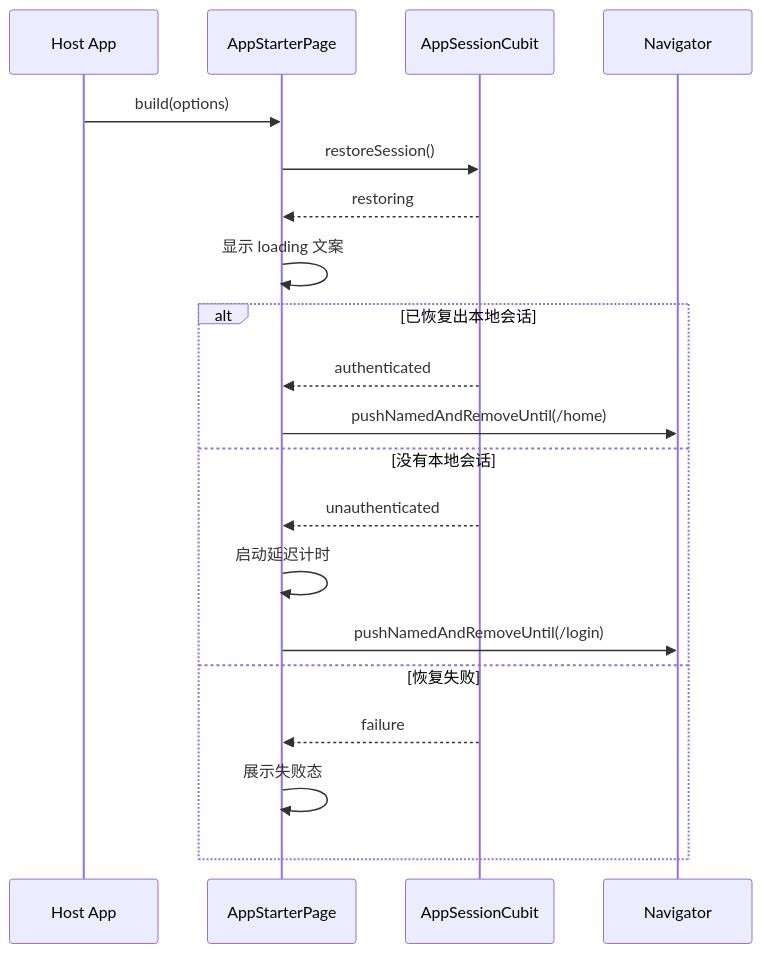
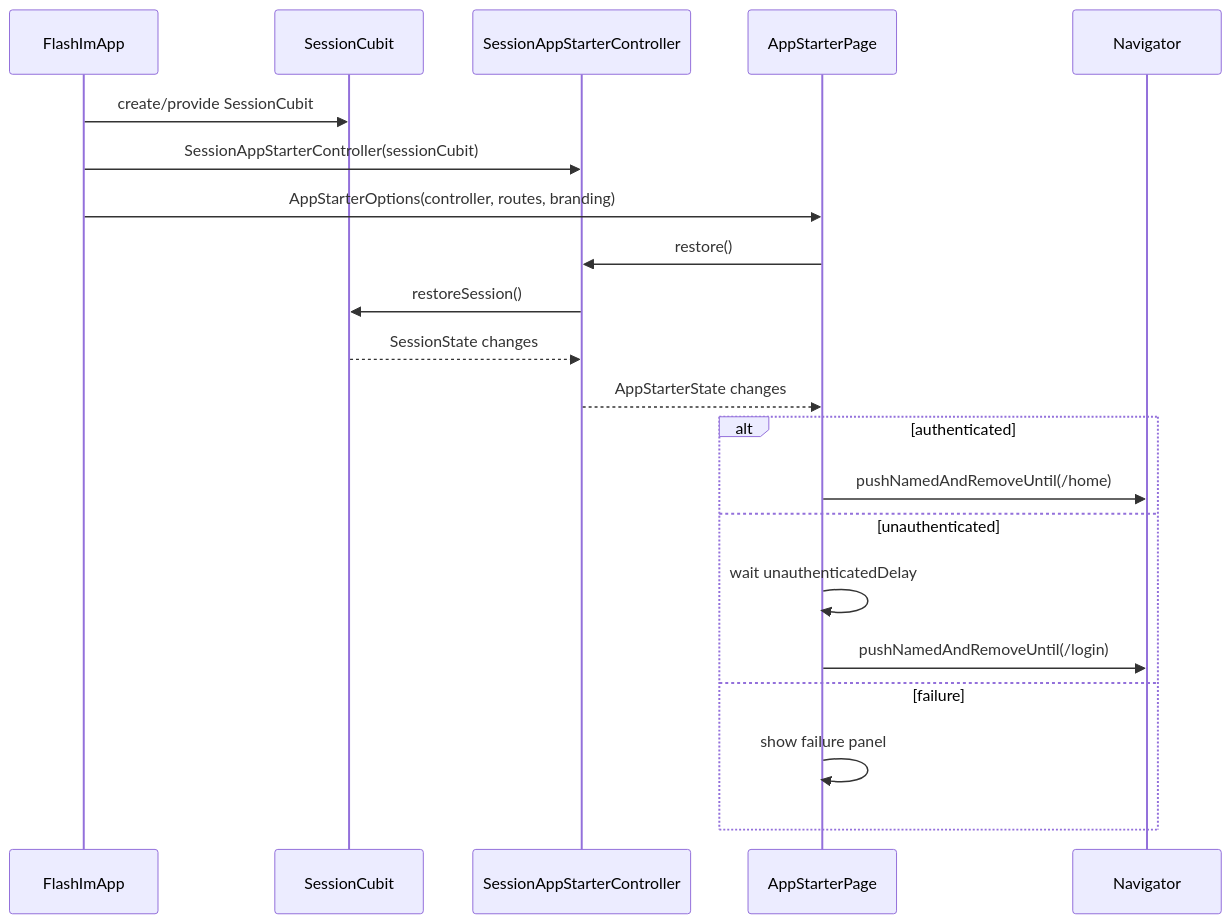
One commit to RainyJiang22/FlashIM_by_ai changed the fourth of 4 diagrams in docs/features/starter/v0.0.2/client/design.md. Above: the diagram before and after it, drawn with Mermaid. The commit also changed other lines of this file and 31 other files, not shown here.

Commit message:
refactor(starter):重构启动模块,改为宿主注入启动控制器，解除flash_starter对 flash_session 的直接依赖

````diff
--- a/docs/features/starter/v0.0.2/client/design.md
+++ b/docs/features/starter/v0.0.2/client/design.md
@@ -119,24 +189,25 @@
 ```mermaid
 sequenceDiagram
-    participant Host as Host App
+    participant App as FlashImApp
+    participant Session as SessionCubit
+    participant Adapter as SessionAppStarterController
     participant Starter as AppStarterPage
-    participant Session as AppSessionCubit
     participant Router as Navigator
 
-    Host->>Starter: build(options)
-    Starter->>Session: restoreSession()
-    Session-->>Starter: restoring
-    Starter->>Starter: 显示 loading 文案
+    App->>Session: create/provide SessionCubit
+    App->>Adapter: SessionAppStarterController(sessionCubit)
+    App->>Starter: AppStarterOptions(controller, routes, branding)
+    Starter->>Adapter: restore()
+    Adapter->>Session: restoreSession()
+    Session-->>Adapter: SessionState changes
+    Adapter-->>Starter: AppStarterState changes
 
-    alt 已恢复出本地会话
-        Session-->>Starter: authenticated
+    alt authenticated
         Starter->>Router: pushNamedAndRemoveUntil(/home)
-    else 没有本地会话
-        Session-->>Starter: unauthenticated
-        Starter->>Starter: 启动延迟计时
+    else unauthenticated
+        Starter->>Starter: wait unauthenticatedDelay
         Starter->>Router: pushNamedAndRemoveUntil(/login)
-    else 恢复失败
-        Session-->>Starter: failure
-        Starter->>Starter: 展示失败态
+    else failure
+        Starter->>Starter: show failure panel
     end
 ```
````
